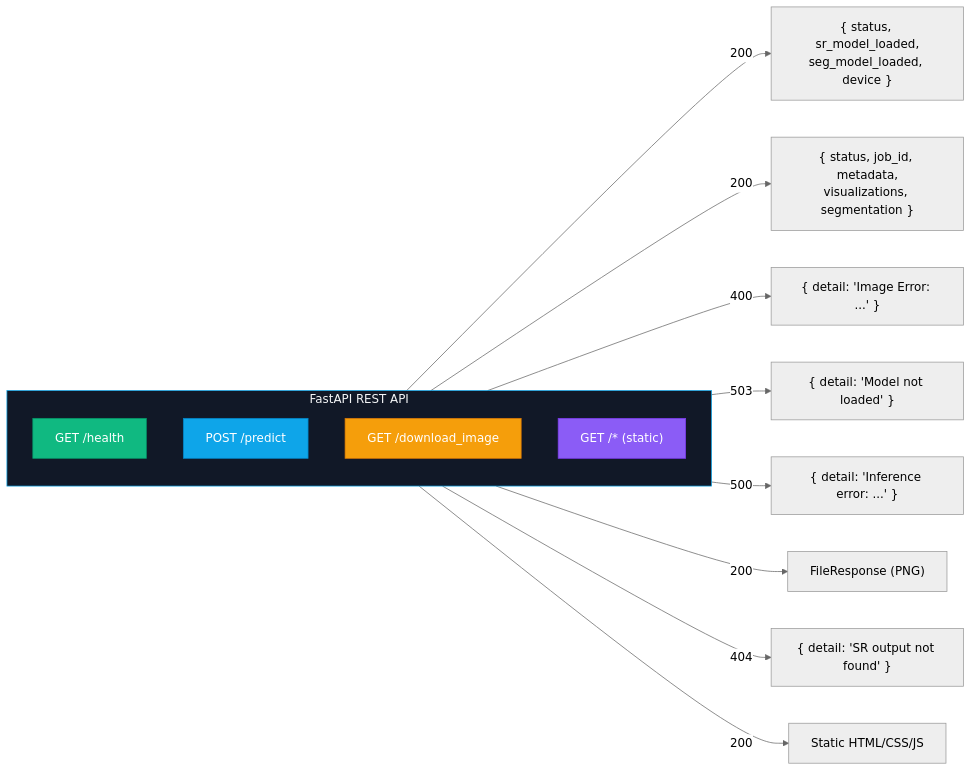
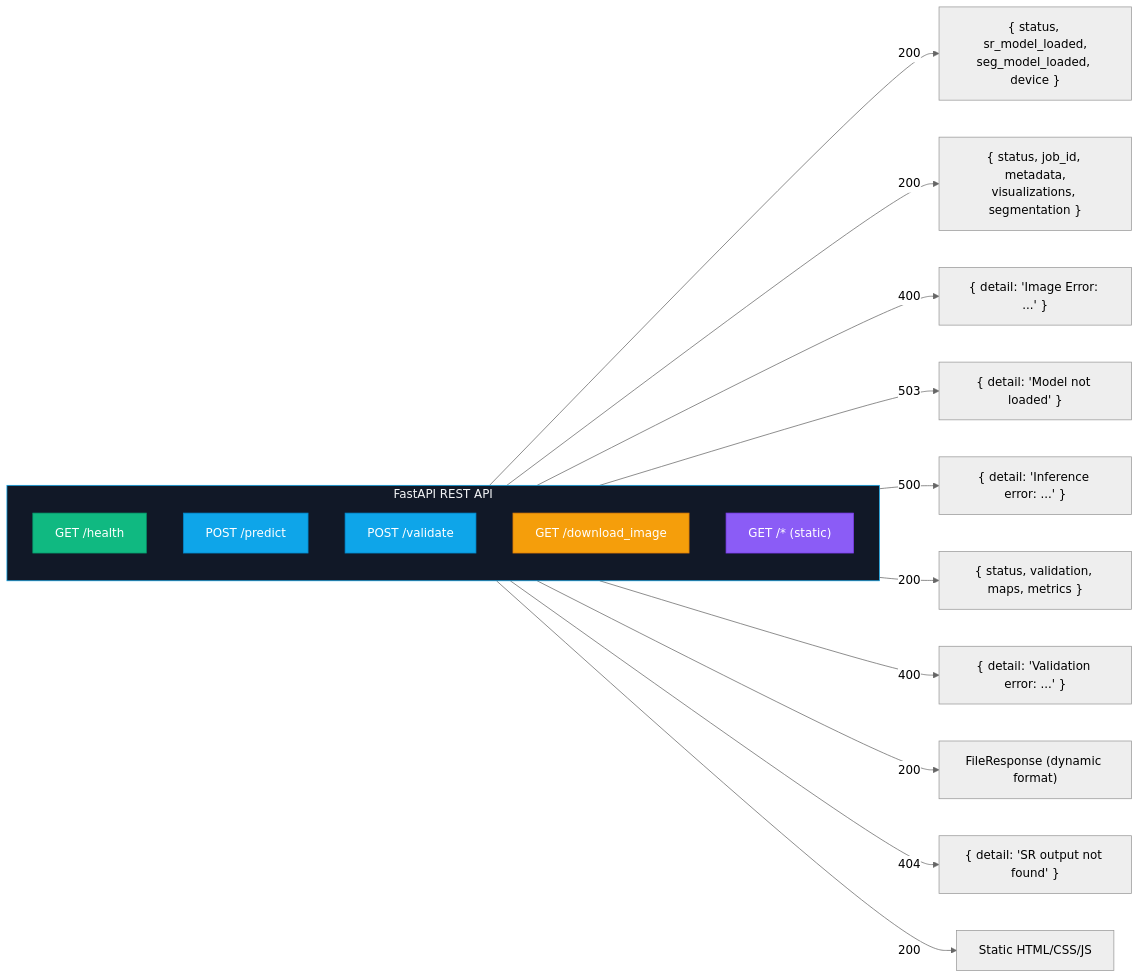
One commit to TheOnlySG/Super-Resolution-Model changed the fourth of 20 diagrams in architecture.md. Above: the diagram before and after it, drawn with Mermaid (neutral theme). The commit also changed other lines of this file and 27 other files, not shown here.

````diff
--- a/architecture.md
+++ b/architecture.md
@@ -215,25 +218,29 @@
 ```mermaid
 graph LR
     subgraph API["FastAPI REST API"]
         direction TB
         H["GET /health"]
         P["POST /predict"]
+        V["POST /validate"]
         D["GET /download_image"]
         S["GET /* (static)"]
     end
 
     H -->|"200"| H_RES["{ status, sr_model_loaded,<br/>seg_model_loaded, device }"]
     P -->|"200"| P_RES["{ status, job_id, metadata,<br/>visualizations, segmentation }"]
     P -->|"400"| P_ERR1["{ detail: 'Image Error: ...' }"]
     P -->|"503"| P_ERR2["{ detail: 'Model not loaded' }"]
     P -->|"500"| P_ERR3["{ detail: 'Inference error: ...' }"]
-    D -->|"200"| D_RES["FileResponse (PNG)"]
+    V -->|"200"| V_RES["{ status, validation, maps, metrics }"]
+    V -->|"400"| V_ERR["{ detail: 'Validation error: ...' }"]
+    D -->|"200"| D_RES["FileResponse (dynamic format)"]
     D -->|"404"| D_ERR["{ detail: 'SR output not found' }"]
     S -->|"200"| S_RES["Static HTML/CSS/JS"]
 
     style API fill:#111827,stroke:#0ea5e9,color:#f3f4f6
     style H fill:#10b981,stroke:#059669,color:#fff
     style P fill:#0ea5e9,stroke:#0284c7,color:#fff
+    style V fill:#0ea5e9,stroke:#0284c7,color:#fff
     style D fill:#f59e0b,stroke:#d97706,color:#fff
     style S fill:#8b5cf6,stroke:#7c3aed,color:#fff
 ```
````
